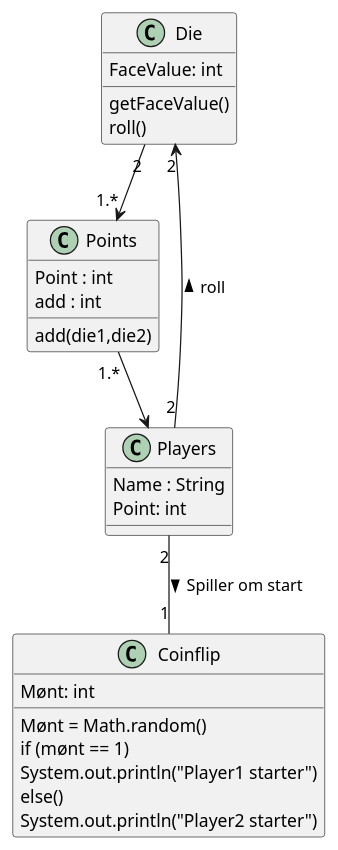
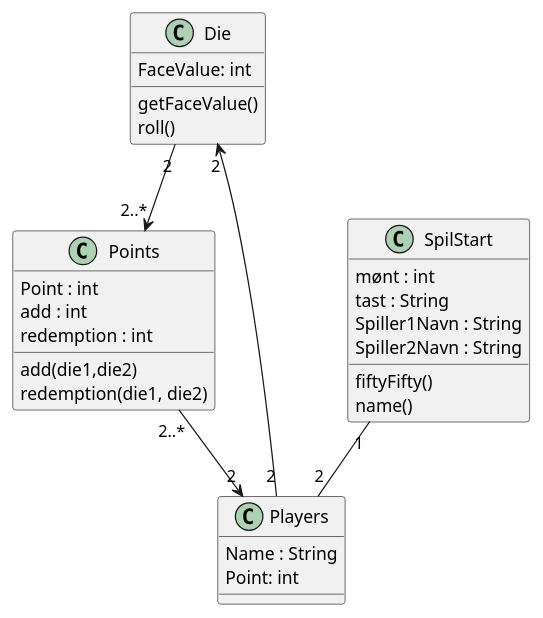
Before and after one commit to Jakob-SA/CDIO-1: the diagram in src/diagrammer/ClassDiagram.puml, drawn with PlantUML.

Commit message:
Design klasse diagram opdateret med tilpassede klasser samt metoder

```diff
--- a/src/diagrammer/ClassDiagram.puml
+++ b/src/diagrammer/ClassDiagram.puml
@@ -1,37 +1,39 @@
 @startuml
 'https://plantuml.com/class-diagram
 class Die {
 FaceValue: int
 getFaceValue()
 roll()
 }
 class Players {
 Name : String
 Point: int
 }
-class Coinflip {
-Mønt: int
-Mønt = Math.random()
-if (mønt == 1)
-System.out.println("Player1 starter")
-else()
-System.out.println("Player2 starter")
-}
 class Points {
 Point : int
 add : int
+redemption : int
 add(die1,die2)
+redemption(die1, die2)
+}
+class SpilStart{
+mønt : int
+tast : String
+Spiller1Navn : String
+Spiller2Navn : String
+fiftyFifty()
+name()
 }
 
-Players "2" -- "1"Coinflip : Spiller om start >
-Players "2"--> "2"Die : roll >
-Die "2" --> "1.*"Points
-Points "1.*" --> Players
+Players "2" --> "2" Die
+SpilStart "1" -- "2" Players
+Die "2" --> "2..*" Points
+Points "2..*" --> "2" Players
 
 
 
 
 
 
 
 @enduml
```
